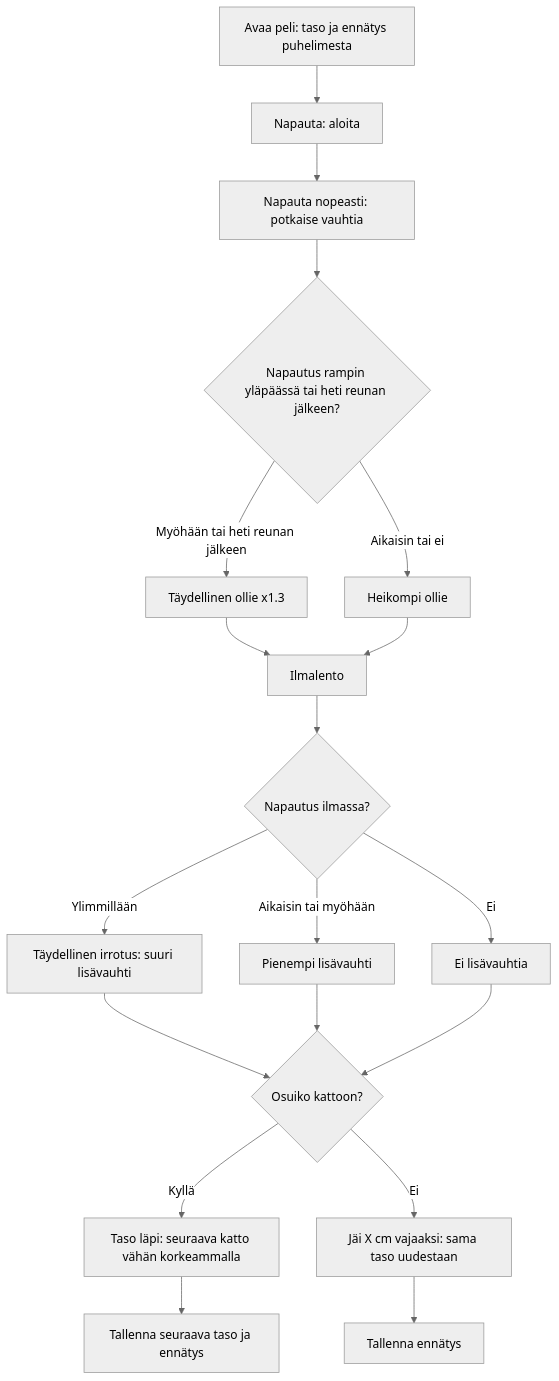
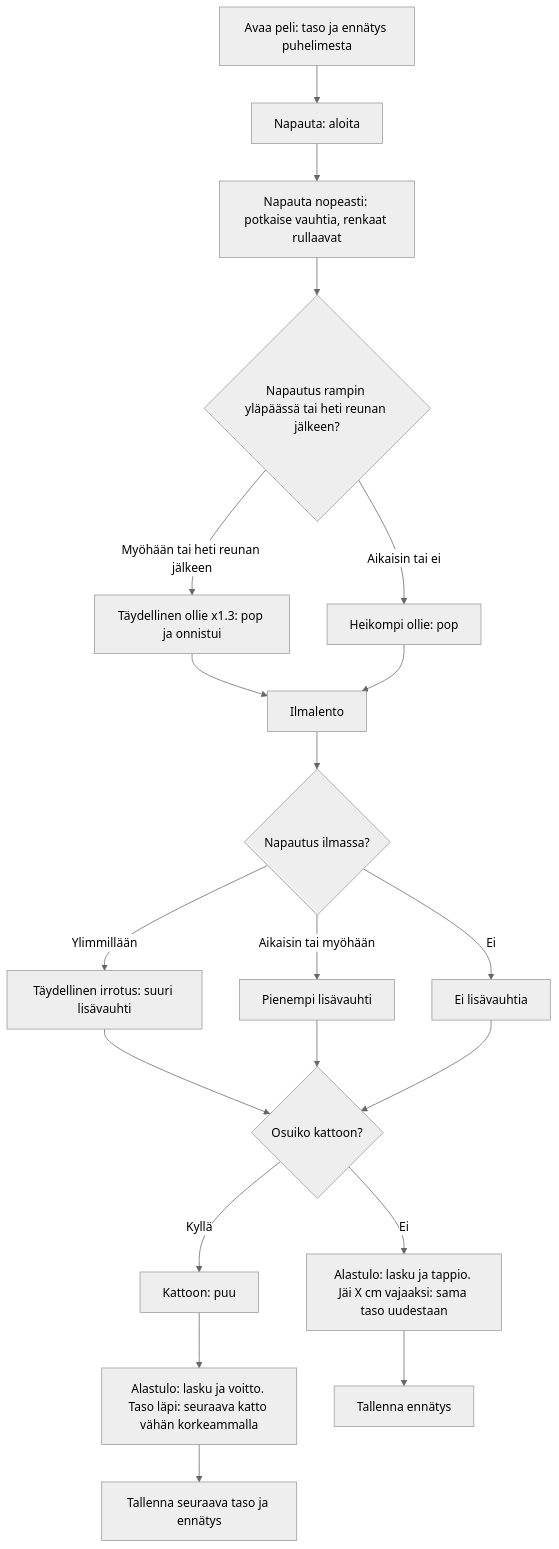
Before and after one commit to eerovil/ai-pelit: the diagram in docs/diagrams/sormiskeitti.md, drawn with Mermaid (neutral theme). The commit also changed other lines of this file and 3 other files, not shown here.

````diff
--- a/docs/diagrams/sormiskeitti.md
+++ b/docs/diagrams/sormiskeitti.md
@@ -10,28 +12,30 @@
 ```mermaid
 flowchart TD
   S[Avaa peli: taso ja ennätys puhelimesta] --> A
-  A[Napauta: aloita] --> B[Napauta nopeasti: potkaise vauhtia]
+  A[Napauta: aloita] --> B[Napauta nopeasti: potkaise vauhtia, renkaat rullaavat]
   B --> C{Napautus rampin yläpäässä tai heti reunan jälkeen?}
-  C -- Myöhään tai heti reunan jälkeen --> D[Täydellinen ollie x1.3]
-  C -- Aikaisin tai ei --> E[Heikompi ollie]
+  C -- Myöhään tai heti reunan jälkeen --> D[Täydellinen ollie x1.3: pop ja onnistui]
+  C -- Aikaisin tai ei --> E[Heikompi ollie: pop]
   D --> F[Ilmalento]
   E --> F
   F --> G{Napautus ilmassa?}
   G -- Ylimmillään --> H[Täydellinen irrotus: suuri lisävauhti]
   G -- Aikaisin tai myöhään --> I[Pienempi lisävauhti]
   G -- Ei --> J[Ei lisävauhtia]
   H --> K{Osuiko kattoon?}
   I --> K
   J --> K
-  K -- Kyllä --> L[Taso läpi: seuraava katto vähän korkeammalla]
+  K -- Kyllä --> KK[Kattoon: puu]
+  KK --> L[Alastulo: lasku ja voitto. Taso läpi: seuraava katto vähän korkeammalla]
   L --> T[Tallenna seuraava taso ja ennätys]
   M --> T2[Tallenna ennätys]
-  K -- Ei --> M[Jäi X cm vajaaksi: sama taso uudestaan]
+  K -- Ei --> M[Alastulo: lasku ja tappio. Jäi X cm vajaaksi: sama taso uudestaan]
   class A,B blue
   class C,G,K amber
   class D,E,F teal
   class H,I,J violet
   class L green
+  class KK green
   class S,T,T2 teal
   class M rose
 ```
````
